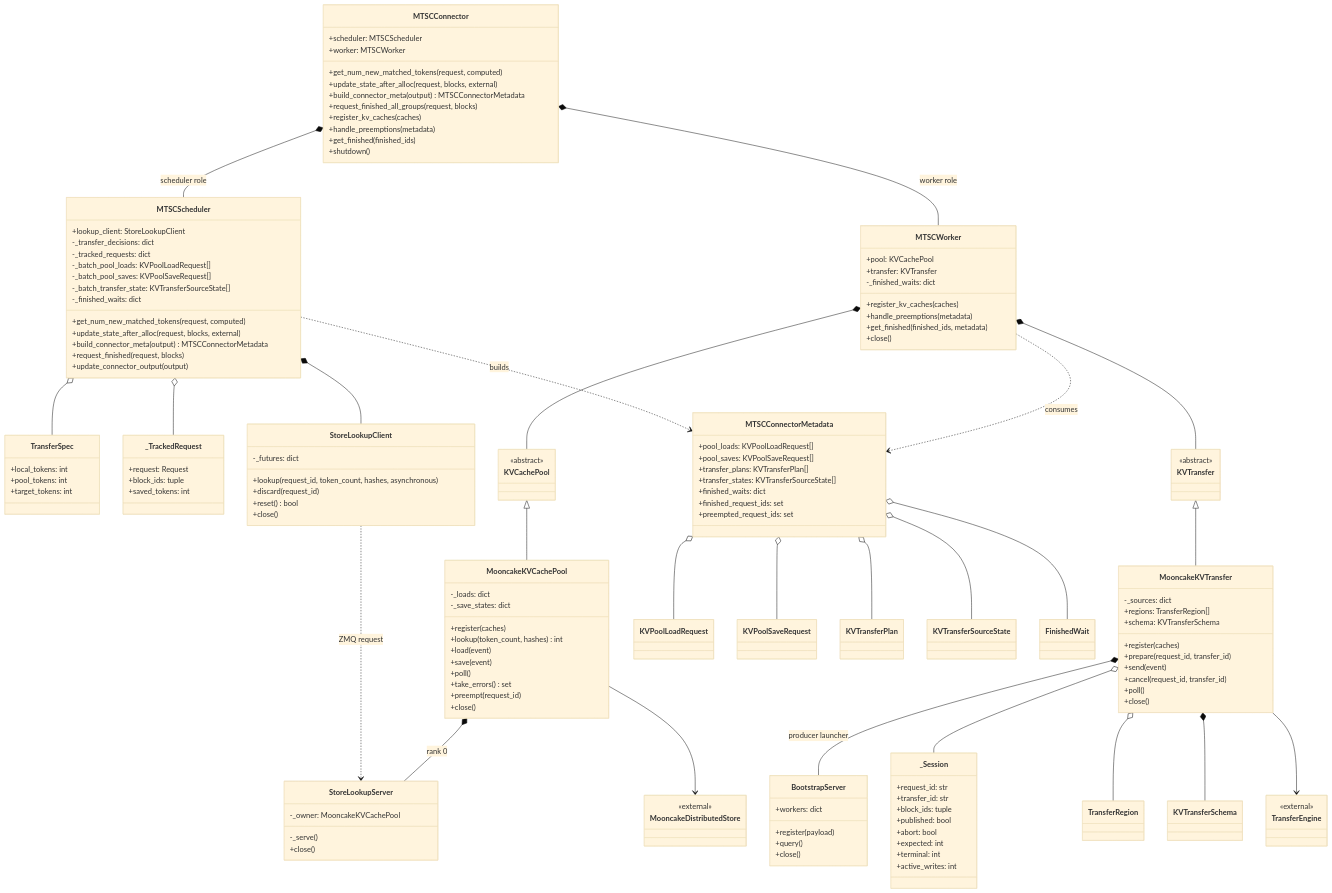
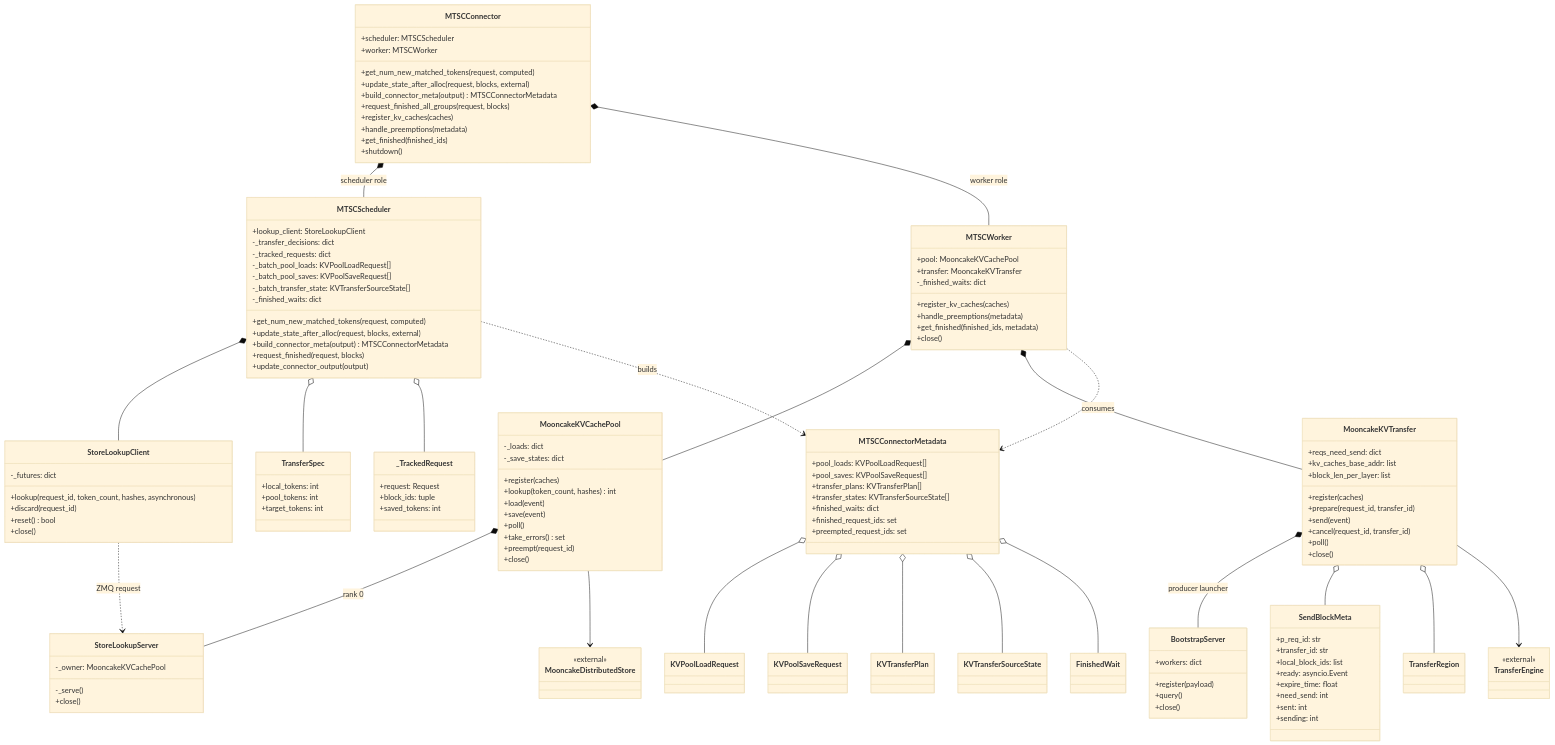
Before and after one commit to WangSu-X/MTSC: the second of 4 diagrams in docs/design/S02-prefill设计.md, drawn with Mermaid (base theme). The commit also changed other lines of this file and 21 other files, not shown here.

```diff
--- a/docs/design/S02-prefill设计.md
+++ b/docs/design/S02-prefill设计.md
@@ -141,8 +141,8 @@
         +update_connector_output(output)
     }
     class MTSCWorker {
-        +pool: KVCachePool
-        +transfer: KVTransfer
+        +pool: MooncakeKVCachePool
+        +transfer: MooncakeKVTransfer
         -_finished_waits: dict
         +register_kv_caches(caches)
         +handle_preemptions(metadata)
@@ -184,9 +184,9 @@
         +close()
     }
     class MooncakeKVTransfer {
-        -_sources: dict
-        +regions: TransferRegion[]
-        +schema: KVTransferSchema
+        +reqs_need_send: dict
+        +kv_caches_base_addr: list
+        +block_len_per_layer: list
         +register(caches)
         +prepare(request_id, transfer_id)
         +send(event)
@@ -200,15 +200,15 @@
         +query()
         +close()
     }
-    class _Session {
-        +request_id: str
+    class SendBlockMeta {
+        +p_req_id: str
         +transfer_id: str
-        +block_ids: tuple
-        +published: bool
-        +abort: bool
-        +expected: int
-        +terminal: int
-        +active_writes: int
+        +local_block_ids: list
+        +ready: asyncio.Event
+        +expire_time: float
+        +need_send: int
+        +sent: int
+        +sending: int
     }
     class MTSCConnectorMetadata {
         +pool_loads: KVPoolLoadRequest[]
@@ -225,7 +225,6 @@
     class KVTransferSourceState
     class FinishedWait
     class TransferRegion
-    class KVTransferSchema
     class MooncakeDistributedStore {
         <<external>>
     }
@@ -240,23 +239,14 @@
     MTSCScheduler o-- _TrackedRequest
     MTSCScheduler ..> MTSCConnectorMetadata : builds
     StoreLookupClient ..> StoreLookupServer : ZMQ request
-    class KVCachePool {
-        <<abstract>>
-    }
-    class KVTransfer {
-        <<abstract>>
-    }
-    MTSCWorker *-- KVCachePool
-    MTSCWorker *-- KVTransfer
-    KVCachePool <|-- MooncakeKVCachePool
-    KVTransfer <|-- MooncakeKVTransfer
+    MTSCWorker *-- MooncakeKVCachePool
+    MTSCWorker *-- MooncakeKVTransfer
     MTSCWorker ..> MTSCConnectorMetadata : consumes
     MooncakeKVCachePool *-- StoreLookupServer : rank 0
     MooncakeKVCachePool --> MooncakeDistributedStore
     MooncakeKVTransfer *-- BootstrapServer : producer launcher
-    MooncakeKVTransfer o-- _Session
+    MooncakeKVTransfer o-- SendBlockMeta
     MooncakeKVTransfer o-- TransferRegion
-    MooncakeKVTransfer *-- KVTransferSchema
     MooncakeKVTransfer --> TransferEngine
     MTSCConnectorMetadata o-- KVPoolLoadRequest
     MTSCConnectorMetadata o-- KVPoolSaveRequest
```
